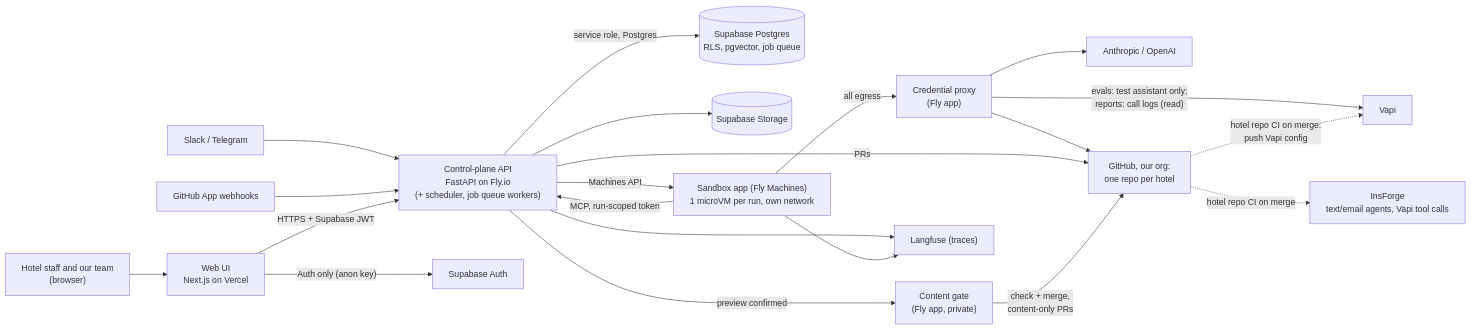
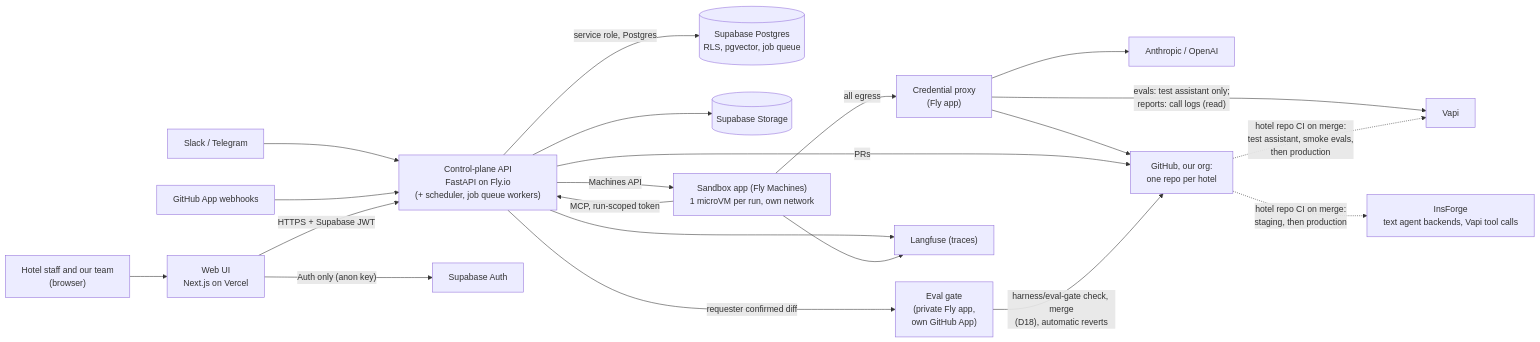
Before and after one commit to nikhilllmno/vorflux: the diagram in docs/infra-map.md, drawn with Mermaid. The commit also changed other lines of this file and 2 other files, not shown here.

Commit message:
docs: rename content gate to eval gate; wider gate scope, kill switch and key rotation per architecture 9.9

````diff
--- a/docs/infra-map.md
+++ b/docs/infra-map.md
@@ -9,28 +9,28 @@
 ```mermaid
 ---
 config:
   flowchart:
     wrappingWidth: 1000
 ---
 flowchart LR
   U["Hotel staff and our team<br/>(browser)"] --> WEB["Web UI<br/>Next.js on Vercel"]
   SL["Slack / Telegram"] --> API
   GHW["GitHub App webhooks"] --> API
   WEB -->|"HTTPS + Supabase JWT"| API["Control-plane API<br/>FastAPI on Fly.io<br/>(+ scheduler, job queue workers)"]
   WEB -->|"Auth only (anon key)"| SBA["Supabase Auth"]
   API -->|"service role, Postgres"| DB[("Supabase Postgres<br/>RLS, pgvector, job queue")]
   API --> ST[("Supabase Storage")]
   API -->|"Machines API"| SBX["Sandbox app (Fly Machines)<br/>1 microVM per run, own network"]
   SBX -->|"MCP, run-scoped token"| API
   SBX -->|"all egress"| EG["Credential proxy<br/>(Fly app)"]
   EG --> LLM["Anthropic / OpenAI"]
   EG --> GH["GitHub, our org:<br/>one repo per hotel"]
   EG -->|"evals: test assistant only;<br/>reports: call logs (read)"| VT["Vapi"]
   API -->|"PRs"| GH
-  API -->|"preview confirmed"| CG["Content gate<br/>(Fly app, private)"]
-  CG -->|"check + merge,<br/>content-only PRs"| GH
+  API -->|"requester confirmed diff"| CG["Eval gate<br/>(private Fly app,<br/>own GitHub App)"]
+  CG -->|"harness/eval-gate check, merge<br/>(D18), automatic reverts"| GH
   API --> LF["Langfuse (traces)"]
   SBX --> LF
-  GH -.->|"hotel repo CI on merge:<br/>push Vapi config"| VT
-  GH -.->|"hotel repo CI on merge"| INS["InsForge<br/>text/email agents, Vapi tool calls"]
+  GH -.->|"hotel repo CI on merge:<br/>test assistant, smoke evals,<br/>then production"| VT
+  GH -.->|"hotel repo CI on merge:<br/>staging, then production"| INS["InsForge<br/>text agent backends, Vapi tool calls"]
 ```
````
